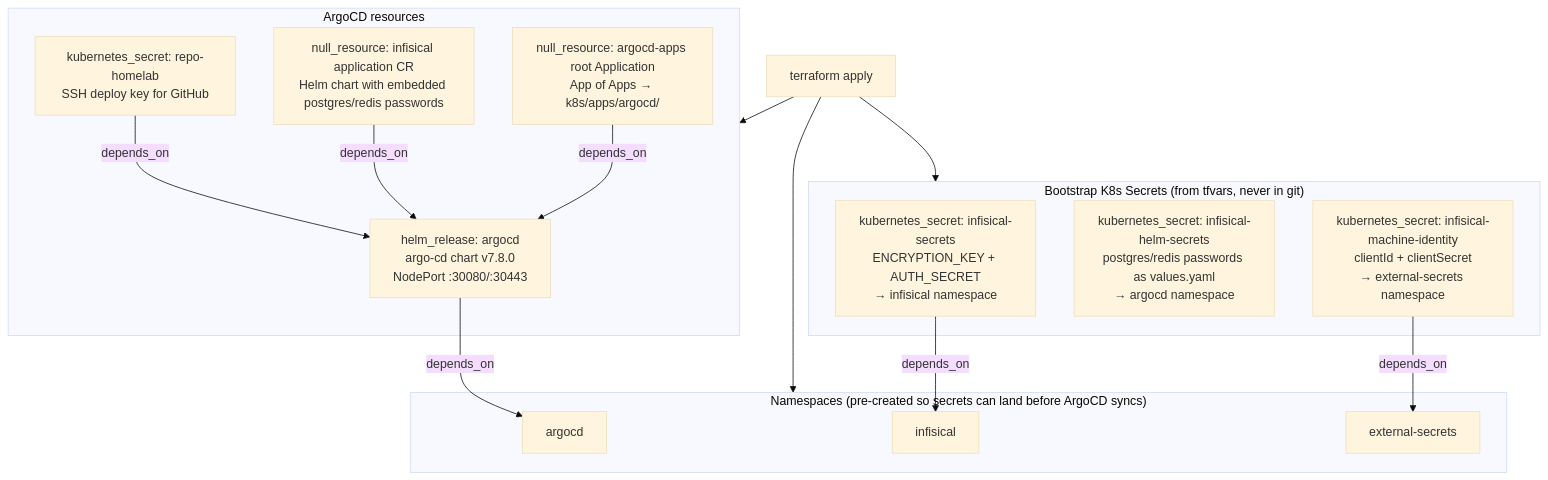
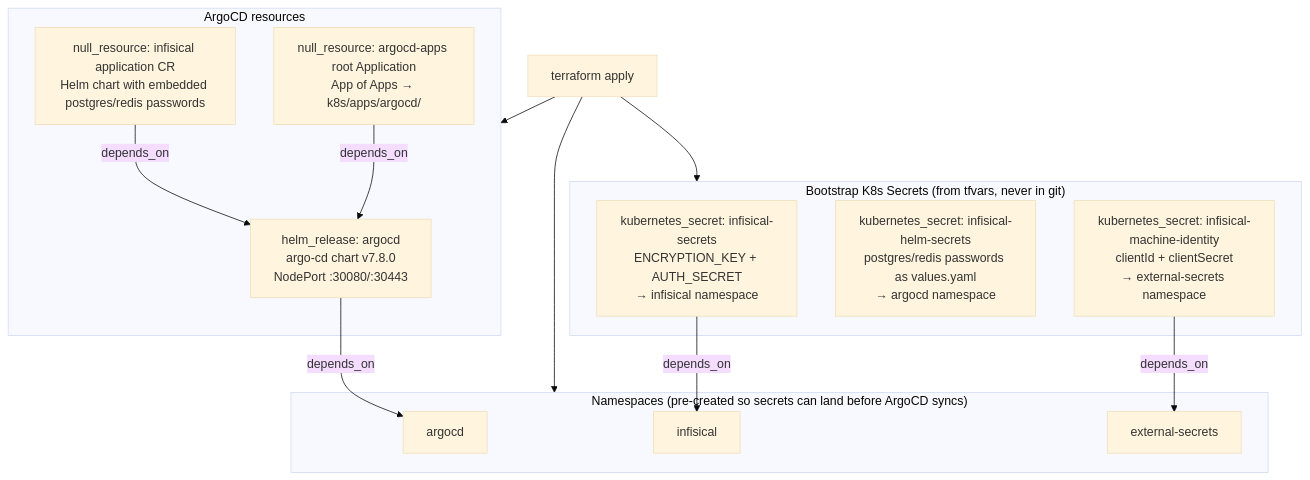
Before and after one commit to haingth77/homelab: the diagram in terraform/README.md, drawn with Mermaid (base theme). The commit also changed other lines of this file and 18 other files, not shown here.

First line of the commit message:
security: replace SSH deploy key with HTTPS for ArgoCD repo access (#56)

````diff
--- a/terraform/README.md
+++ b/terraform/README.md
@@ -7,34 +7,32 @@
 ```mermaid
 flowchart TD
     TF["terraform apply"]
 
     subgraph namespaces["Namespaces (pre-created so secrets can land before ArgoCD syncs)"]
         NS1["argocd"]
         NS2["infisical"]
         NS3["external-secrets"]
     end
 
     subgraph argocd_resources["ArgoCD resources"]
         Helm["helm_release: argocd\nargo-cd chart v7.8.0\nNodePort :30080/:30443"]
-        RepoCred["kubernetes_secret: repo-homelab\nSSH deploy key for GitHub"]
         InfisicalApp["null_resource: infisical application CR\nHelm chart with embedded postgres/redis passwords"]
         RootApp["null_resource: argocd-apps root Application\nApp of Apps → k8s/apps/argocd/"]
     end
 
     subgraph secrets["Bootstrap K8s Secrets (from tfvars, never in git)"]
         S1["kubernetes_secret: infisical-secrets\nENCRYPTION_KEY + AUTH_SECRET\n→ infisical namespace"]
         S2["kubernetes_secret: infisical-helm-secrets\npostgres/redis passwords as values.yaml\n→ argocd namespace"]
         S3["kubernetes_secret: infisical-machine-identity\nclientId + clientSecret\n→ external-secrets namespace"]
     end
 
     TF --> namespaces
     TF --> argocd_resources
     TF --> secrets
 
     Helm -->|depends_on| NS1
-    RepoCred -->|depends_on| Helm
     InfisicalApp -->|depends_on| Helm
     RootApp -->|depends_on| Helm
     S1 -->|depends_on| NS2
     S3 -->|depends_on| NS3
 ```
````
